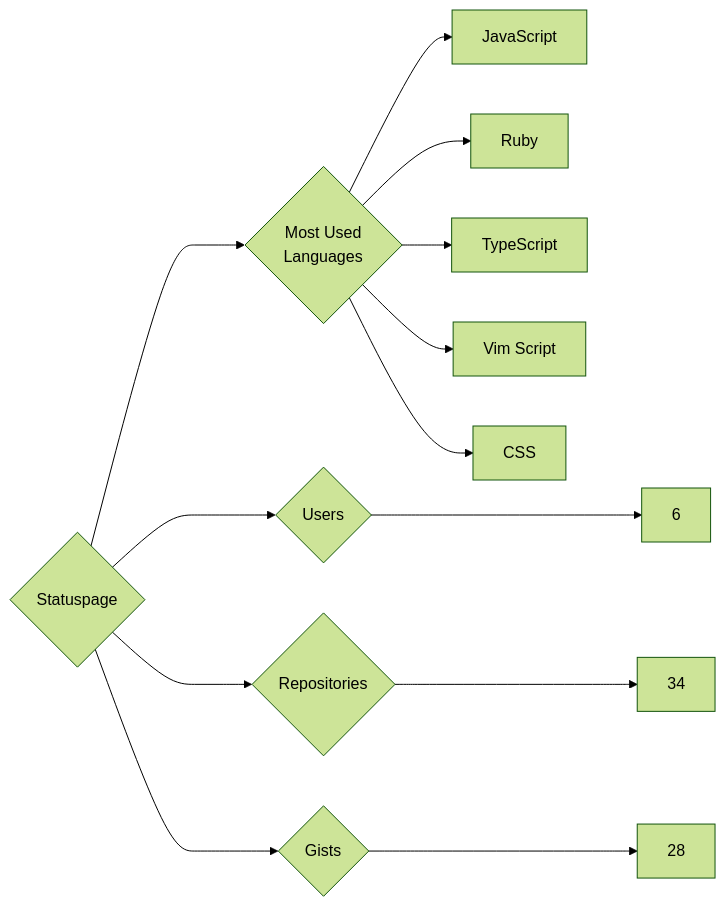
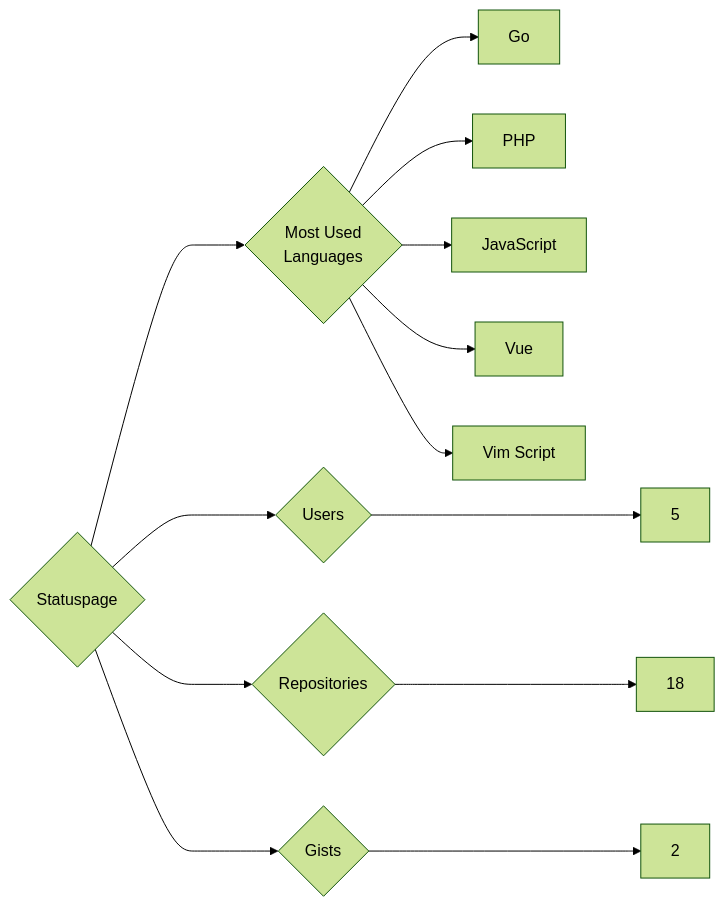
The diagram in targets/Statuspage/README.md (trickest/insiders), drawn with Mermaid (forest theme) before and after one commit. The commit also changed 1479 other files, not shown here.

````diff
--- a/targets/Statuspage/README.md
+++ b/targets/Statuspage/README.md
@@ -3,13 +3,13 @@
 ```mermaid
 graph LR
 COMPANY_NAME{Statuspage}
-COMPANY_NAME ---> U{Users} ---> UN[6]
-COMPANY_NAME ---> R{Repositories} ---> RN[34]
-COMPANY_NAME ---> G{Gists} ---> GN[28]
+COMPANY_NAME ---> U{Users} ---> UN[5]
+COMPANY_NAME ---> R{Repositories} ---> RN[18]
+COMPANY_NAME ---> G{Gists} ---> GN[2]
 COMPANY_NAME ---> ML{Most Used<br>Languages}
+ML --> Go[Go]
+ML --> PHP[PHP]
 ML --> JavaScript[JavaScript]
-ML --> Ruby[Ruby]
-ML --> TypeScript[TypeScript]
+ML --> Vue[Vue]
 ML --> Vim_Script[Vim Script]
-ML --> CSS[CSS]
 ```
````
